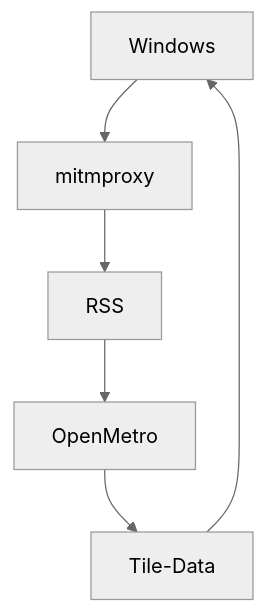
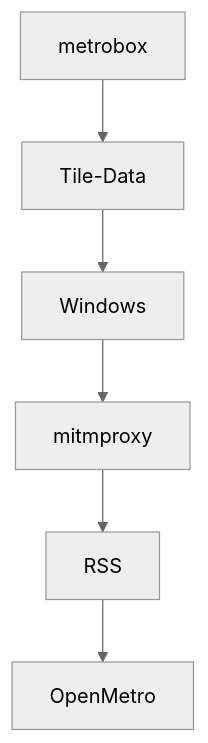
The diagram in README.md (boks-oks/OpenMetro), drawn with Mermaid (neutral theme) before and after one commit. The commit also changed other lines of this file, not shown here.

````diff
--- a/README.md
+++ b/README.md
@@ -15,8 +15,8 @@
 ```mermaid
 graph TD;
     Windows-->mitmproxy;
     mitmproxy-->RSS;
     RSS-->OpenMetro;
-    OpenMetro-->Tile-Data;
+    metrobox-->Tile-Data;
     Tile-Data-->Windows;
 ```
````
